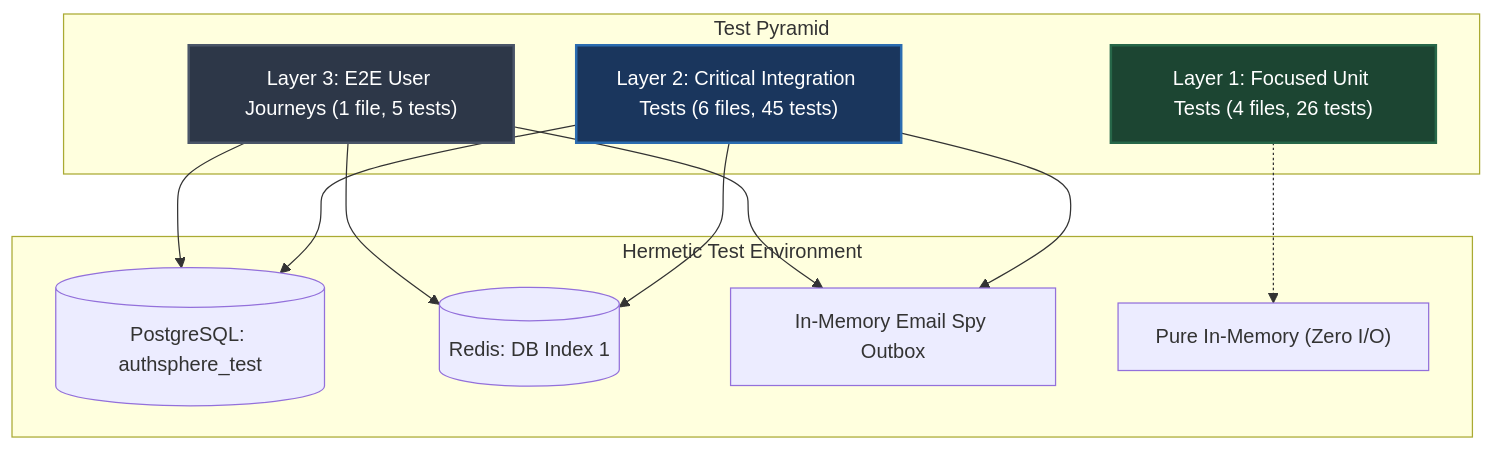
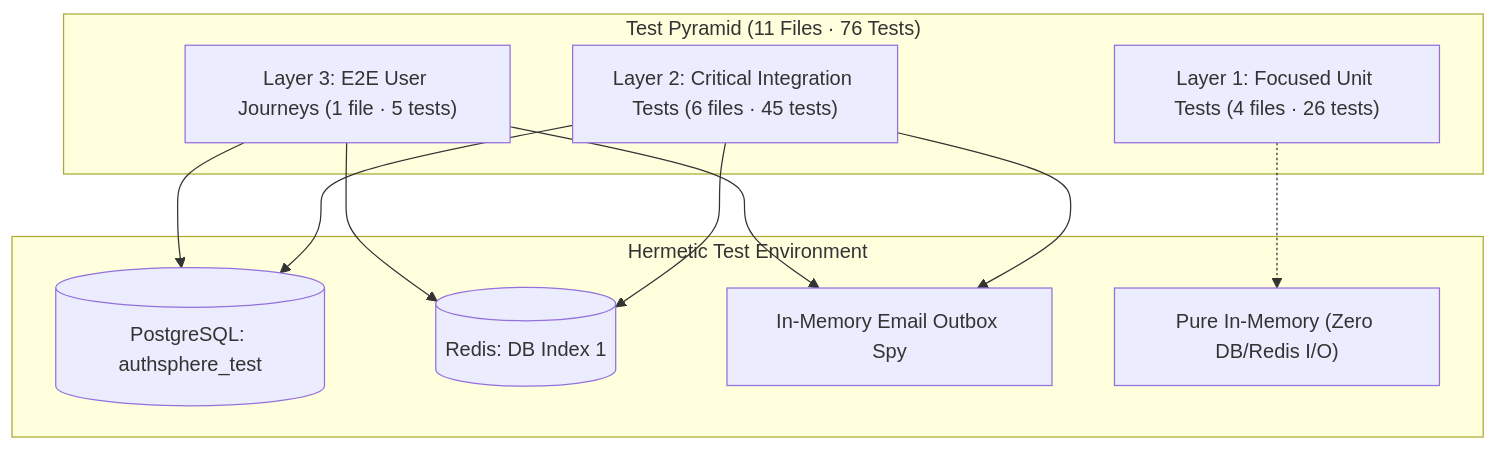
One commit to utkarshj014/authsphere changed the diagram in docs/TESTING.md. Above: the diagram before and after it, drawn with Mermaid. The commit also changed other lines of this file and 5 other files, not shown here.

````diff
--- a/docs/TESTING.md
+++ b/docs/TESTING.md
@@ -55,27 +32,23 @@
 ```mermaid
 graph TD
-    subgraph TP ["Test Pyramid"]
-        E2E["Layer 3: E2E User Journeys (1 file, 5 tests)"]
-        INT["Layer 2: Critical Integration Tests (6 files, 45 tests)"]
-        UNIT["Layer 1: Focused Unit Tests (4 files, 26 tests)"]
+    subgraph TP ["Test Pyramid (11 Files · 76 Tests)"]
+        E2E["Layer 3: E2E User Journeys (1 file · 5 tests)"]
+        INT["Layer 2: Critical Integration Tests (6 files · 45 tests)"]
+        UNIT["Layer 1: Focused Unit Tests (4 files · 26 tests)"]
     end
 
     subgraph HTE ["Hermetic Test Environment"]
         TestDB[("PostgreSQL: authsphere_test")]
         TestRedis[("Redis: DB Index 1")]
-        EmailSpy["In-Memory Email Spy Outbox"]
-        PureMemory["Pure In-Memory (Zero I/O)"]
+        EmailSpy["In-Memory Email Outbox Spy"]
+        PureMemory["Pure In-Memory (Zero DB/Redis I/O)"]
 
         E2E --> TestDB
         INT --> TestDB
         E2E --> TestRedis
         INT --> TestRedis
         E2E --> EmailSpy
         INT --> EmailSpy
         UNIT -.-> PureMemory
     end
-
-    style E2E fill:#2d3748,stroke:#4a5568,stroke-width:2px,color:#fff
-    style INT fill:#1a365d,stroke:#2b6cb0,stroke-width:2px,color:#fff
-    style UNIT fill:#1c4532,stroke:#276749,stroke-width:2px,color:#fff
 ```
````
